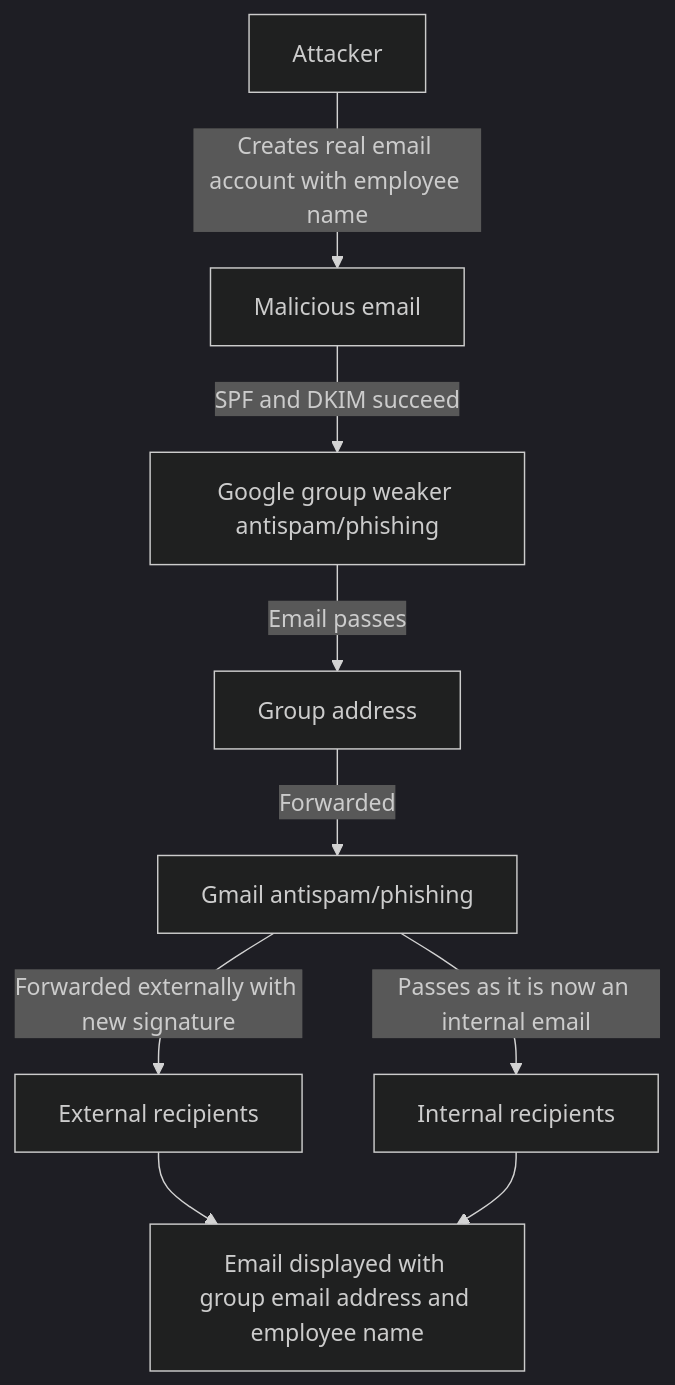
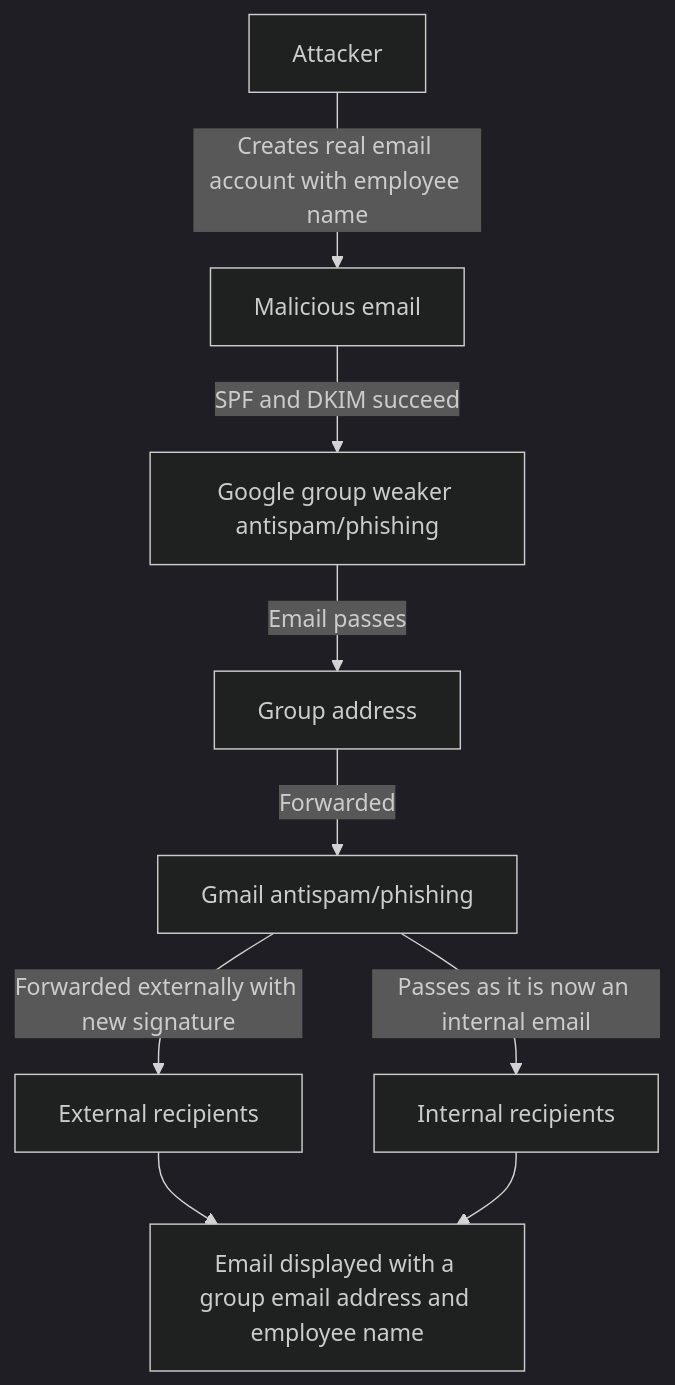
The diagram in articles/tales-from-fleet-security-google-groups-scams.md (fleetdm/fleet), drawn with Mermaid (dark theme) before and after one commit. The commit also changed other lines of this file, not shown here.

````diff
--- a/articles/tales-from-fleet-security-google-groups-scams.md
+++ b/articles/tales-from-fleet-security-google-groups-scams.md
@@ -38,21 +38,21 @@
 ```mermaid
 graph TD;
 id1[Attacker]
 id2[Malicious email]
 id3[Group address]
 id4[Internal recipients]
 id5[External recipients]
 id6[Gmail antispam/phishing]
 id7[Google group weaker antispam/phishing]
-id8[Email displayed with group email address and employee name]
+id8[Email displayed with a group email address and employee name]
 
 id1--Creates real email account with employee name-->id2
 id2--SPF and DKIM succeed-->id7
 id7--Email passes-->id3
 id3--Forwarded-->id6
 id6--Passes as it is now an internal email-->id4
 id6--Forwarded externally with new signature-->id5
 id5-->id8
 id4-->id8
 
 ```
````
